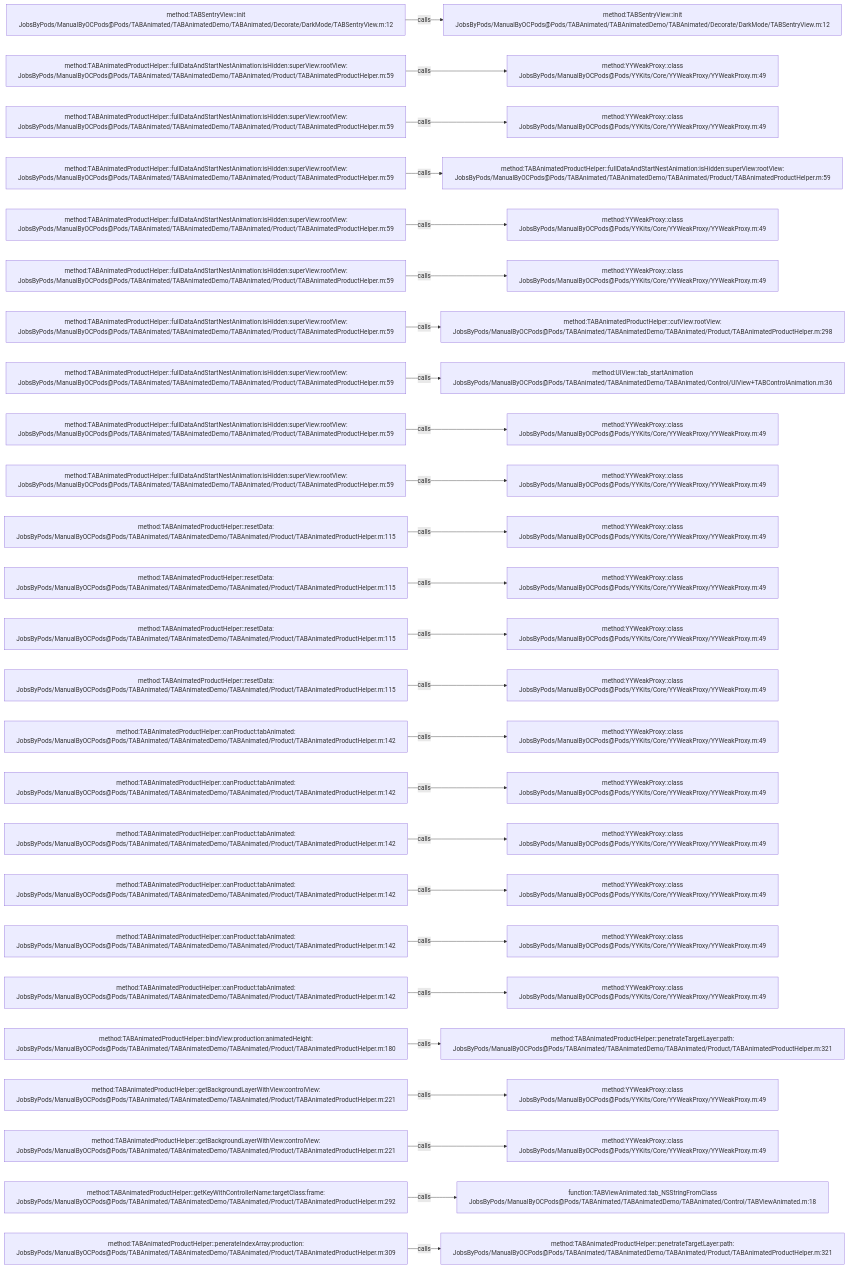
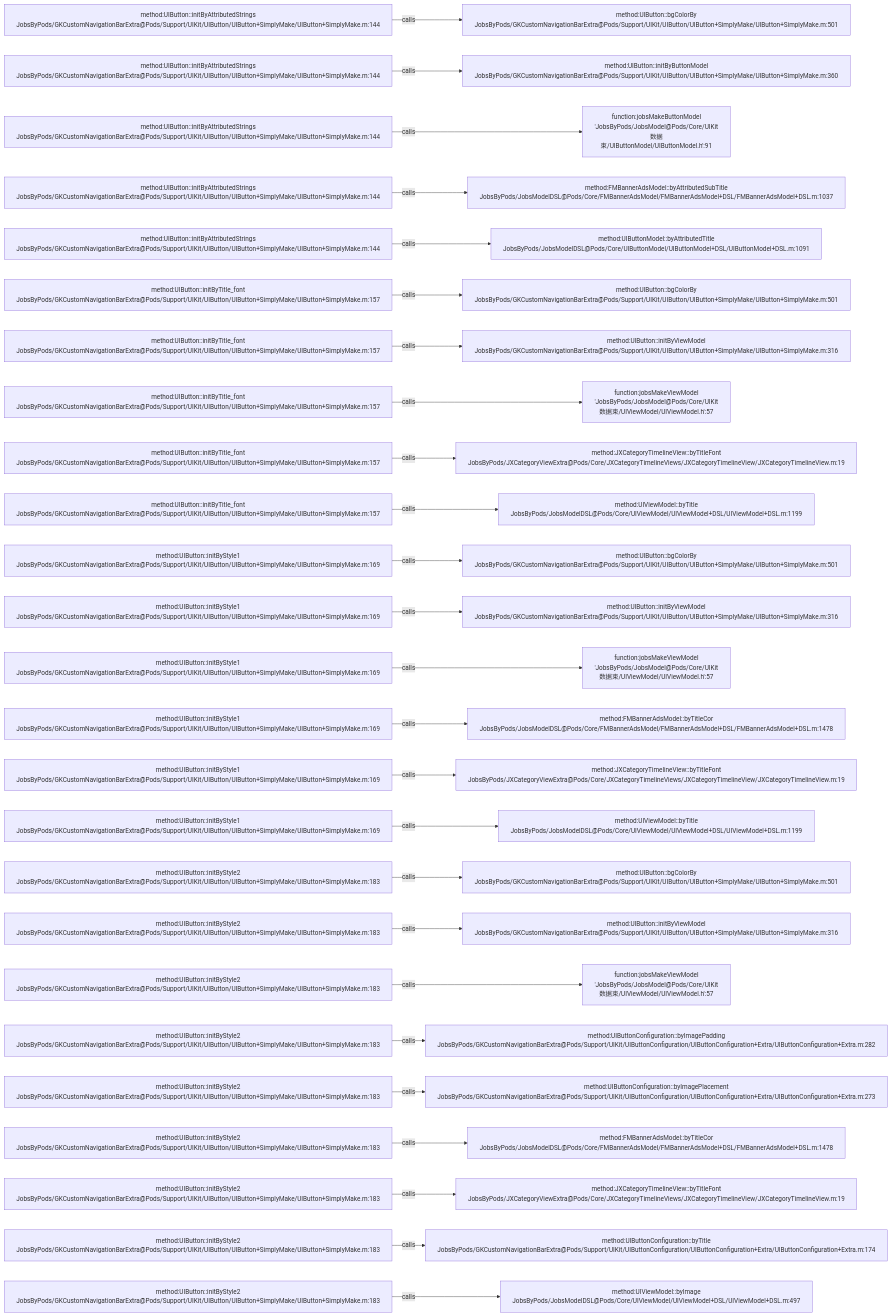
Before and after one commit to JobsKits/JobsOCBaseConfigDemo: the diagram in .codegraph/codegraph.md/graphs/calls-022.md, drawn with Mermaid. The commit also changed 768 other files, not shown here.

````diff
--- a/.codegraph/codegraph.md/graphs/calls-022.md
+++ b/.codegraph/codegraph.md/graphs/calls-022.md
@@ -13,78 +13,78 @@
 ```mermaid
 flowchart LR
-  S1["method:TABSentryView::init<br/>JobsByPods/ManualByOCPods@Pods/TABAnimated/TABAnimatedDemo/TABAnimated/Decorate/DarkMode/TABSentryView.m:12"]
-  T1["method:TABSentryView::init<br/>JobsByPods/ManualByOCPods@Pods/TABAnimated/TABAnimatedDemo/TABAnimated/Decorate/DarkMode/TABSentryView.m:12"]
+  S1["method:UIButton::initByAttributedStrings<br/>JobsByPods/GKCustomNavigationBarExtra@Pods/Support/UIKit/UIButton/UIButton+SimplyMake/UIButton+SimplyMake.m:144"]
+  T1["method:UIButton::bgColorBy<br/>JobsByPods/GKCustomNavigationBarExtra@Pods/Support/UIKit/UIButton/UIButton+SimplyMake/UIButton+SimplyMake.m:501"]
   S1 -->|calls| T1
-  S2["method:TABAnimatedProductHelper::fullDataAndStartNestAnimation:isHidden:superView:rootView:<br/>JobsByPods/ManualByOCPods@Pods/TABAnimated/TABAnimatedDemo/TABAnimated/Product/TABAnimatedProductHelper.m:59"]
-  T2["method:YYWeakProxy::class<br/>JobsByPods/ManualByOCPods@Pods/YYKits/Core/YYWeakProxy/YYWeakProxy.m:49"]
+  S2["method:UIButton::initByAttributedStrings<br/>JobsByPods/GKCustomNavigationBarExtra@Pods/Support/UIKit/UIButton/UIButton+SimplyMake/UIButton+SimplyMake.m:144"]
+  T2["method:UIButton::initByButtonModel<br/>JobsByPods/GKCustomNavigationBarExtra@Pods/Support/UIKit/UIButton/UIButton+SimplyMake/UIButton+SimplyMake.m:360"]
   S2 -->|calls| T2
-  S3["method:TABAnimatedProductHelper::fullDataAndStartNestAnimation:isHidden:superView:rootView:<br/>JobsByPods/ManualByOCPods@Pods/TABAnimated/TABAnimatedDemo/TABAnimated/Product/TABAnimatedProductHelper.m:59"]
-  T3["method:YYWeakProxy::class<br/>JobsByPods/ManualByOCPods@Pods/YYKits/Core/YYWeakProxy/YYWeakProxy.m:49"]
+  S3["method:UIButton::initByAttributedStrings<br/>JobsByPods/GKCustomNavigationBarExtra@Pods/Support/UIKit/UIButton/UIButton+SimplyMake/UIButton+SimplyMake.m:144"]
+  T3["function:jobsMakeButtonModel<br/>'JobsByPods/JobsModel@Pods/Core/UIKit数据束/UIButtonModel/UIButtonModel.h':91"]
   S3 -->|calls| T3
-  S4["method:TABAnimatedProductHelper::fullDataAndStartNestAnimation:isHidden:superView:rootView:<br/>JobsByPods/ManualByOCPods@Pods/TABAnimated/TABAnimatedDemo/TABAnimated/Product/TABAnimatedProductHelper.m:59"]
-  T4["method:TABAnimatedProductHelper::fullDataAndStartNestAnimation:isHidden:superView:rootView:<br/>JobsByPods/ManualByOCPods@Pods/TABAnimated/TABAnimatedDemo/TABAnimated/Product/TABAnimatedProductHelper.m:59"]
+  S4["method:UIButton::initByAttributedStrings<br/>JobsByPods/GKCustomNavigationBarExtra@Pods/Support/UIKit/UIButton/UIButton+SimplyMake/UIButton+SimplyMake.m:144"]
+  T4["method:FMBannerAdsModel::byAttributedSubTitle<br/>JobsByPods/JobsModelDSL@Pods/Core/FMBannerAdsModel/FMBannerAdsModel+DSL/FMBannerAdsModel+DSL.m:1037"]
   S4 -->|calls| T4
-  S5["method:TABAnimatedProductHelper::fullDataAndStartNestAnimation:isHidden:superView:rootView:<br/>JobsByPods/ManualByOCPods@Pods/TABAnimated/TABAnimatedDemo/TABAnimated/Product/TABAnimatedProductHelper.m:59"]
-  T5["method:YYWeakProxy::class<br/>JobsByPods/ManualByOCPods@Pods/YYKits/Core/YYWeakProxy/YYWeakProxy.m:49"]
+  S5["method:UIButton::initByAttributedStrings<br/>JobsByPods/GKCustomNavigationBarExtra@Pods/Support/UIKit/UIButton/UIButton+SimplyMake/UIButton+SimplyMake.m:144"]
+  T5["method:UIButtonModel::byAttributedTitle<br/>JobsByPods/JobsModelDSL@Pods/Core/UIButtonModel/UIButtonModel+DSL/UIButtonModel+DSL.m:1091"]
   S5 -->|calls| T5
-  S6["method:TABAnimatedProductHelper::fullDataAndStartNestAnimation:isHidden:superView:rootView:<br/>JobsByPods/ManualByOCPods@Pods/TABAnimated/TABAnimatedDemo/TABAnimated/Product/TABAnimatedProductHelper.m:59"]
-  T6["method:YYWeakProxy::class<br/>JobsByPods/ManualByOCPods@Pods/YYKits/Core/YYWeakProxy/YYWeakProxy.m:49"]
+  S6["method:UIButton::initByTitle_font<br/>JobsByPods/GKCustomNavigationBarExtra@Pods/Support/UIKit/UIButton/UIButton+SimplyMake/UIButton+SimplyMake.m:157"]
+  T6["method:UIButton::bgColorBy<br/>JobsByPods/GKCustomNavigationBarExtra@Pods/Support/UIKit/UIButton/UIButton+SimplyMake/UIButton+SimplyMake.m:501"]
   S6 -->|calls| T6
-  S7["method:TABAnimatedProductHelper::fullDataAndStartNestAnimation:isHidden:superView:rootView:<br/>JobsByPods/ManualByOCPods@Pods/TABAnimated/TABAnimatedDemo/TABAnimated/Product/TABAnimatedProductHelper.m:59"]
-  T7["method:TABAnimatedProductHelper::cutView:rootView:<br/>JobsByPods/ManualByOCPods@Pods/TABAnimated/TABAnimatedDemo/TABAnimated/Product/TABAnimatedProductHelper.m:298"]
+  S7["method:UIButton::initByTitle_font<br/>JobsByPods/GKCustomNavigationBarExtra@Pods/Support/UIKit/UIButton/UIButton+SimplyMake/UIButton+SimplyMake.m:157"]
+  T7["method:UIButton::initByViewModel<br/>JobsByPods/GKCustomNavigationBarExtra@Pods/Support/UIKit/UIButton/UIButton+SimplyMake/UIButton+SimplyMake.m:316"]
   S7 -->|calls| T7
-  S8["method:TABAnimatedProductHelper::fullDataAndStartNestAnimation:isHidden:superView:rootView:<br/>JobsByPods/ManualByOCPods@Pods/TABAnimated/TABAnimatedDemo/TABAnimated/Product/TABAnimatedProductHelper.m:59"]
-  T8["method:UIView::tab_startAnimation<br/>JobsByPods/ManualByOCPods@Pods/TABAnimated/TABAnimatedDemo/TABAnimated/Control/UIView+TABControlAnimation.m:36"]
+  S8["method:UIButton::initByTitle_font<br/>JobsByPods/GKCustomNavigationBarExtra@Pods/Support/UIKit/UIButton/UIButton+SimplyMake/UIButton+SimplyMake.m:157"]
+  T8["function:jobsMakeViewModel<br/>'JobsByPods/JobsModel@Pods/Core/UIKit数据束/UIViewModel/UIViewModel.h':57"]
   S8 -->|calls| T8
-  S9["method:TABAnimatedProductHelper::fullDataAndStartNestAnimation:isHidden:superView:rootView:<br/>JobsByPods/ManualByOCPods@Pods/TABAnimated/TABAnimatedDemo/TABAnimated/Product/TABAnimatedProductHelper.m:59"]
-  T9["method:YYWeakProxy::class<br/>JobsByPods/ManualByOCPods@Pods/YYKits/Core/YYWeakProxy/YYWeakProxy.m:49"]
+  S9["method:UIButton::initByTitle_font<br/>JobsByPods/GKCustomNavigationBarExtra@Pods/Support/UIKit/UIButton/UIButton+SimplyMake/UIButton+SimplyMake.m:157"]
+  T9["method:JXCategoryTimelineView::byTitleFont<br/>JobsByPods/JXCategoryViewExtra@Pods/Core/JXCategoryTimelineViews/JXCategoryTimelineView/JXCategoryTimelineView.m:19"]
   S9 -->|calls| T9
-  S10["method:TABAnimatedProductHelper::fullDataAndStartNestAnimation:isHidden:superView:rootView:<br/>JobsByPods/ManualByOCPods@Pods/TABAnimated/TABAnimatedDemo/TABAnimated/Product/TABAnimatedProductHelper.m:59"]
-  T10["method:YYWeakProxy::class<br/>JobsByPods/ManualByOCPods@Pods/YYKits/Core/YYWeakProxy/YYWeakProxy.m:49"]
+  S10["method:UIButton::initByTitle_font<br/>JobsByPods/GKCustomNavigationBarExtra@Pods/Support/UIKit/UIButton/UIButton+SimplyMake/UIButton+SimplyMake.m:157"]
+  T10["method:UIViewModel::byTitle<br/>JobsByPods/JobsModelDSL@Pods/Core/UIViewModel/UIViewModel+DSL/UIViewModel+DSL.m:1199"]
   S10 -->|calls| T10
-  S11["method:TABAnimatedProductHelper::resetData:<br/>JobsByPods/ManualByOCPods@Pods/TABAnimated/TABAnimatedDemo/TABAnimated/Product/TABAnimatedProductHelper.m:115"]
-  T11["method:YYWeakProxy::class<br/>JobsByPods/ManualByOCPods@Pods/YYKits/Core/YYWeakProxy/YYWeakProxy.m:49"]
+  S11["method:UIButton::initByStyle1<br/>JobsByPods/GKCustomNavigationBarExtra@Pods/Support/UIKit/UIButton/UIButton+SimplyMake/UIButton+SimplyMake.m:169"]
+  T11["method:UIButton::bgColorBy<br/>JobsByPods/GKCustomNavigationBarExtra@Pods/Support/UIKit/UIButton/UIButton+SimplyMake/UIButton+SimplyMake.m:501"]
   S11 -->|calls| T11
-  S12["method:TABAnimatedProductHelper::resetData:<br/>JobsByPods/ManualByOCPods@Pods/TABAnimated/TABAnimatedDemo/TABAnimated/Product/TABAnimatedProductHelper.m:115"]
-  T12["method:YYWeakProxy::class<br/>JobsByPods/ManualByOCPods@Pods/YYKits/Core/YYWeakProxy/YYWeakProxy.m:49"]
+  S12["method:UIButton::initByStyle1<br/>JobsByPods/GKCustomNavigationBarExtra@Pods/Support/UIKit/UIButton/UIButton+SimplyMake/UIButton+SimplyMake.m:169"]
+  T12["method:UIButton::initByViewModel<br/>JobsByPods/GKCustomNavigationBarExtra@Pods/Support/UIKit/UIButton/UIButton+SimplyMake/UIButton+SimplyMake.m:316"]
   S12 -->|calls| T12
-  S13["method:TABAnimatedProductHelper::resetData:<br/>JobsByPods/ManualByOCPods@Pods/TABAnimated/TABAnimatedDemo/TABAnimated/Product/TABAnimatedProductHelper.m:115"]
-  T13["method:YYWeakProxy::class<br/>JobsByPods/ManualByOCPods@Pods/YYKits/Core/YYWeakProxy/YYWeakProxy.m:49"]
+  S13["method:UIButton::initByStyle1<br/>JobsByPods/GKCustomNavigationBarExtra@Pods/Support/UIKit/UIButton/UIButton+SimplyMake/UIButton+SimplyMake.m:169"]
+  T13["function:jobsMakeViewModel<br/>'JobsByPods/JobsModel@Pods/Core/UIKit数据束/UIViewModel/UIViewModel.h':57"]
   S13 -->|calls| T13
-  S14["method:TABAnimatedProductHelper::resetData:<br/>JobsByPods/ManualByOCPods@Pods/TABAnimated/TABAnimatedDemo/TABAnimated/Product/TABAnimatedProductHelper.m:115"]
-  T14["method:YYWeakProxy::class<br/>JobsByPods/ManualByOCPods@Pods/YYKits/Core/YYWeakProxy/YYWeakProxy.m:49"]
+  S14["method:UIButton::initByStyle1<br/>JobsByPods/GKCustomNavigationBarExtra@Pods/Support/UIKit/UIButton/UIButton+SimplyMake/UIButton+SimplyMake.m:169"]
+  T14["method:FMBannerAdsModel::byTitleCor<br/>JobsByPods/JobsModelDSL@Pods/Core/FMBannerAdsModel/FMBannerAdsModel+DSL/FMBannerAdsModel+DSL.m:1478"]
   S14 -->|calls| T14
-  S15["method:TABAnimatedProductHelper::canProduct:tabAnimated:<br/>JobsByPods/ManualByOCPods@Pods/TABAnimated/TABAnimatedDemo/TABAnimated/Product/TABAnimatedProductHelper.m:142"]
-  T15["method:YYWeakProxy::class<br/>JobsByPods/ManualByOCPods@Pods/YYKits/Core/YYWeakProxy/YYWeakProxy.m:49"]
+  S15["method:UIButton::initByStyle1<br/>JobsByPods/GKCustomNavigationBarExtra@Pods/Support/UIKit/UIButton/UIButton+SimplyMake/UIButton+SimplyMake.m:169"]
+  T15["method:JXCategoryTimelineView::byTitleFont<br/>JobsByPods/JXCategoryViewExtra@Pods/Core/JXCategoryTimelineViews/JXCategoryTimelineView/JXCategoryTimelineView.m:19"]
   S15 -->|calls| T15
-  S16["method:TABAnimatedProductHelper::canProduct:tabAnimated:<br/>JobsByPods/ManualByOCPods@Pods/TABAnimated/TABAnimatedDemo/TABAnimated/Product/TABAnimatedProductHelper.m:142"]
-  T16["method:YYWeakProxy::class<br/>JobsByPods/ManualByOCPods@Pods/YYKits/Core/YYWeakProxy/YYWeakProxy.m:49"]
+  S16["method:UIButton::initByStyle1<br/>JobsByPods/GKCustomNavigationBarExtra@Pods/Support/UIKit/UIButton/UIButton+SimplyMake/UIButton+SimplyMake.m:169"]
+  T16["method:UIViewModel::byTitle<br/>JobsByPods/JobsModelDSL@Pods/Core/UIViewModel/UIViewModel+DSL/UIViewModel+DSL.m:1199"]
   S16 -->|calls| T16
-  S17["method:TABAnimatedProductHelper::canProduct:tabAnimated:<br/>JobsByPods/ManualByOCPods@Pods/TABAnimated/TABAnimatedDemo/TABAnimated/Product/TABAnimatedProductHelper.m:142"]
-  T17["method:YYWeakProxy::class<br/>JobsByPods/ManualByOCPods@Pods/YYKits/Core/YYWeakProxy/YYWeakProxy.m:49"]
+  S17["method:UIButton::initByStyle2<br/>JobsByPods/GKCustomNavigationBarExtra@Pods/Support/UIKit/UIButton/UIButton+SimplyMake/UIButton+SimplyMake.m:183"]
+  T17["method:UIButton::bgColorBy<br/>JobsByPods/GKCustomNavigationBarExtra@Pods/Support/UIKit/UIButton/UIButton+SimplyMake/UIButton+SimplyMake.m:501"]
   S17 -->|calls| T17
-  S18["method:TABAnimatedProductHelper::canProduct:tabAnimated:<br/>JobsByPods/ManualByOCPods@Pods/TABAnimated/TABAnimatedDemo/TABAnimated/Product/TABAnimatedProductHelper.m:142"]
-  T18["method:YYWeakProxy::class<br/>JobsByPods/ManualByOCPods@Pods/YYKits/Core/YYWeakProxy/YYWeakProxy.m:49"]
+  S18["method:UIButton::initByStyle2<br/>JobsByPods/GKCustomNavigationBarExtra@Pods/Support/UIKit/UIButton/UIButton+SimplyMake/UIButton+SimplyMake.m:183"]
+  T18["method:UIButton::initByViewModel<br/>JobsByPods/GKCustomNavigationBarExtra@Pods/Support/UIKit/UIButton/UIButton+SimplyMake/UIButton+SimplyMake.m:316"]
   S18 -->|calls| T18
-  S19["method:TABAnimatedProductHelper::canProduct:tabAnimated:<br/>JobsByPods/ManualByOCPods@Pods/TABAnimated/TABAnimatedDemo/TABAnimated/Product/TABAnimatedProductHelper.m:142"]
-  T19["method:YYWeakProxy::class<br/>JobsByPods/ManualByOCPods@Pods/YYKits/Core/YYWeakProxy/YYWeakProxy.m:49"]
+  S19["method:UIButton::initByStyle2<br/>JobsByPods/GKCustomNavigationBarExtra@Pods/Support/UIKit/UIButton/UIButton+SimplyMake/UIButton+SimplyMake.m:183"]
+  T19["function:jobsMakeViewModel<br/>'JobsByPods/JobsModel@Pods/Core/UIKit数据束/UIViewModel/UIViewModel.h':57"]
   S19 -->|calls| T19
-  S20["method:TABAnimatedProductHelper::canProduct:tabAnimated:<br/>JobsByPods/ManualByOCPods@Pods/TABAnimated/TABAnimatedDemo/TABAnimated/Product/TABAnimatedProductHelper.m:142"]
-  T20["method:YYWeakProxy::class<br/>JobsByPods/ManualByOCPods@Pods/YYKits/Core/YYWeakProxy/YYWeakProxy.m:49"]
+  S20["method:UIButton::initByStyle2<br/>JobsByPods/GKCustomNavigationBarExtra@Pods/Support/UIKit/UIButton/UIButton+SimplyMake/UIButton+SimplyMake.m:183"]
+  T20["method:UIButtonConfiguration::byImagePadding<br/>JobsByPods/GKCustomNavigationBarExtra@Pods/Support/UIKit/UIButtonConfiguration/UIButtonConfiguration+Extra/UIButtonConfiguration+Extra.m:282"]
   S20 -->|calls| T20
-  S21["method:TABAnimatedProductHelper::bindView:production:animatedHeight:<br/>JobsByPods/ManualByOCPods@Pods/TABAnimated/TABAnimatedDemo/TABAnimated/Product/TABAnimatedProductHelper.m:180"]
-  T21["method:TABAnimatedProductHelper::penetrateTargetLayer:path:<br/>JobsByPods/ManualByOCPods@Pods/TABAnimated/TABAnimatedDemo/TABAnimated/Product/TABAnimatedProductHelper.m:321"]
+  S21["method:UIButton::initByStyle2<br/>JobsByPods/GKCustomNavigationBarExtra@Pods/Support/UIKit/UIButton/UIButton+SimplyMake/UIButton+SimplyMake.m:183"]
+  T21["method:UIButtonConfiguration::byImagePlacement<br/>JobsByPods/GKCustomNavigationBarExtra@Pods/Support/UIKit/UIButtonConfiguration/UIButtonConfiguration+Extra/UIButtonConfiguration+Extra.m:273"]
   S21 -->|calls| T21
-  S22["method:TABAnimatedProductHelper::getBackgroundLayerWithView:controlView:<br/>JobsByPods/ManualByOCPods@Pods/TABAnimated/TABAnimatedDemo/TABAnimated/Product/TABAnimatedProductHelper.m:221"]
-  T22["method:YYWeakProxy::class<br/>JobsByPods/ManualByOCPods@Pods/YYKits/Core/YYWeakProxy/YYWeakProxy.m:49"]
+  S22["method:UIButton::initByStyle2<br/>JobsByPods/GKCustomNavigationBarExtra@Pods/Support/UIKit/UIButton/UIButton+SimplyMake/UIButton+SimplyMake.m:183"]
+  T22["method:FMBannerAdsModel::byTitleCor<br/>JobsByPods/JobsModelDSL@Pods/Core/FMBannerAdsModel/FMBannerAdsModel+DSL/FMBannerAdsModel+DSL.m:1478"]
   S22 -->|calls| T22
-  S23["method:TABAnimatedProductHelper::getBackgroundLayerWithView:controlView:<br/>JobsByPods/ManualByOCPods@Pods/TABAnimated/TABAnimatedDemo/TABAnimated/Product/TABAnimatedProductHelper.m:221"]
-  T23["method:YYWeakProxy::class<br/>JobsByPods/ManualByOCPods@Pods/YYKits/Core/YYWeakProxy/YYWeakProxy.m:49"]
+  S23["method:UIButton::initByStyle2<br/>JobsByPods/GKCustomNavigationBarExtra@Pods/Support/UIKit/UIButton/UIButton+SimplyMake/UIButton+SimplyMake.m:183"]
+  T23["method:JXCategoryTimelineView::byTitleFont<br/>JobsByPods/JXCategoryViewExtra@Pods/Core/JXCategoryTimelineViews/JXCategoryTimelineView/JXCategoryTimelineView.m:19"]
   S23 -->|calls| T23
-  S24["method:TABAnimatedProductHelper::getKeyWithControllerName:targetClass:frame:<br/>JobsByPods/ManualByOCPods@Pods/TABAnimated/TABAnimatedDemo/TABAnimated/Product/TABAnimatedProductHelper.m:292"]
-  T24["function:TABViewAnimated::tab_NSStringFromClass<br/>JobsByPods/ManualByOCPods@Pods/TABAnimated/TABAnimatedDemo/TABAnimated/Control/TABViewAnimated.m:18"]
+  S24["method:UIButton::initByStyle2<br/>JobsByPods/GKCustomNavigationBarExtra@Pods/Support/UIKit/UIButton/UIButton+SimplyMake/UIButton+SimplyMake.m:183"]
+  T24["method:UIButtonConfiguration::byTitle<br/>JobsByPods/GKCustomNavigationBarExtra@Pods/Support/UIKit/UIButtonConfiguration/UIButtonConfiguration+Extra/UIButtonConfiguration+Extra.m:174"]
   S24 -->|calls| T24
-  S25["method:TABAnimatedProductHelper::penerateIndexArray:production:<br/>JobsByPods/ManualByOCPods@Pods/TABAnimated/TABAnimatedDemo/TABAnimated/Product/TABAnimatedProductHelper.m:309"]
-  T25["method:TABAnimatedProductHelper::penetrateTargetLayer:path:<br/>JobsByPods/ManualByOCPods@Pods/TABAnimated/TABAnimatedDemo/TABAnimated/Product/TABAnimatedProductHelper.m:321"]
+  S25["method:UIButton::initByStyle2<br/>JobsByPods/GKCustomNavigationBarExtra@Pods/Support/UIKit/UIButton/UIButton+SimplyMake/UIButton+SimplyMake.m:183"]
+  T25["method:UIViewModel::byImage<br/>JobsByPods/JobsModelDSL@Pods/Core/UIViewModel/UIViewModel+DSL/UIViewModel+DSL.m:497"]
   S25 -->|calls| T25
 ```
````
